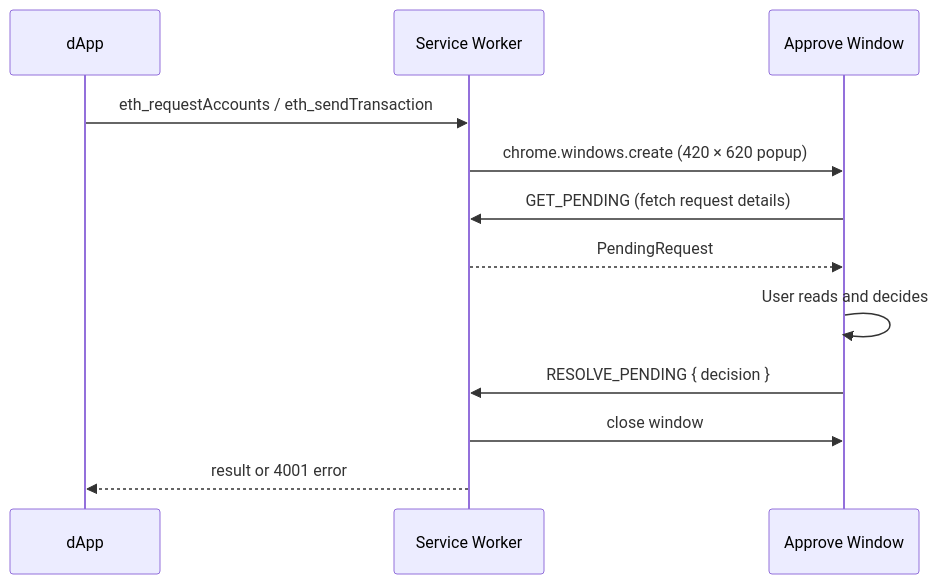
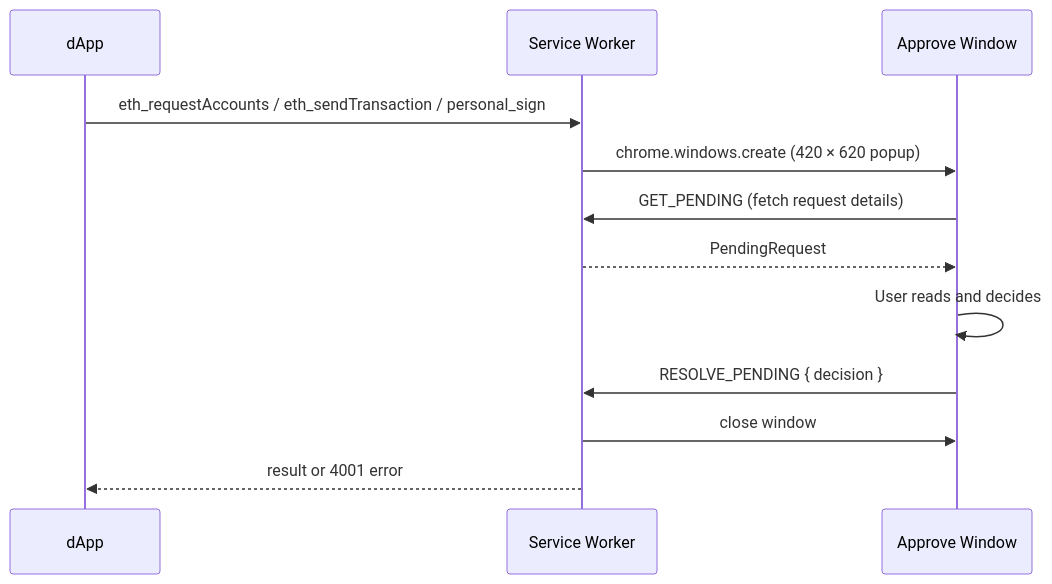
One commit to Rasalghulsslayer/tezos-x-wallet-mod changed the diagram in website/wallet-docs/user-flows/dapp-approval.md. Above: the diagram before and after it, drawn with Mermaid. The commit also changed other lines of this file and 57 other files, not shown here.

````diff
--- a/website/wallet-docs/user-flows/dapp-approval.md
+++ b/website/wallet-docs/user-flows/dapp-approval.md
@@ -75,15 +86,15 @@
 ```mermaid
 sequenceDiagram
     participant dApp
     participant SW as Service Worker
     participant AW as Approve Window
 
-    dApp->>SW: eth_requestAccounts / eth_sendTransaction
+    dApp->>SW: eth_requestAccounts / eth_sendTransaction / personal_sign
     SW->>AW: chrome.windows.create (420 × 620 popup)
     AW->>SW: GET_PENDING (fetch request details)
     SW-->>AW: PendingRequest
     AW->>AW: User reads and decides
     AW->>SW: RESOLVE_PENDING { decision }
     SW->>AW: close window
     SW-->>dApp: result or 4001 error
 ```
````
